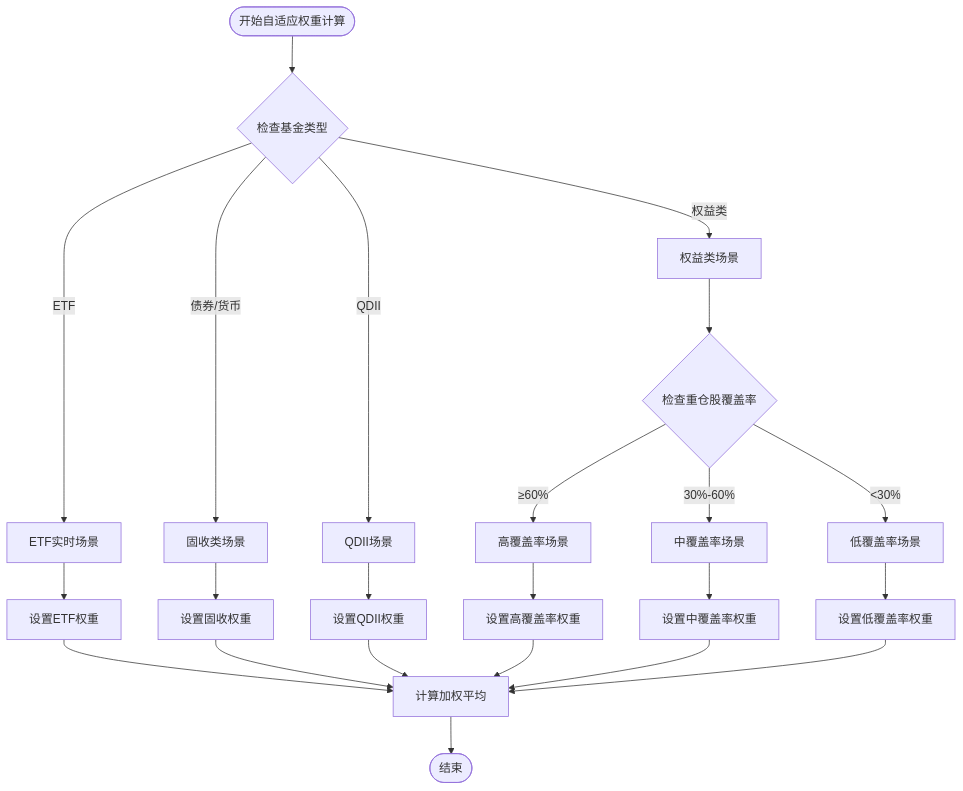
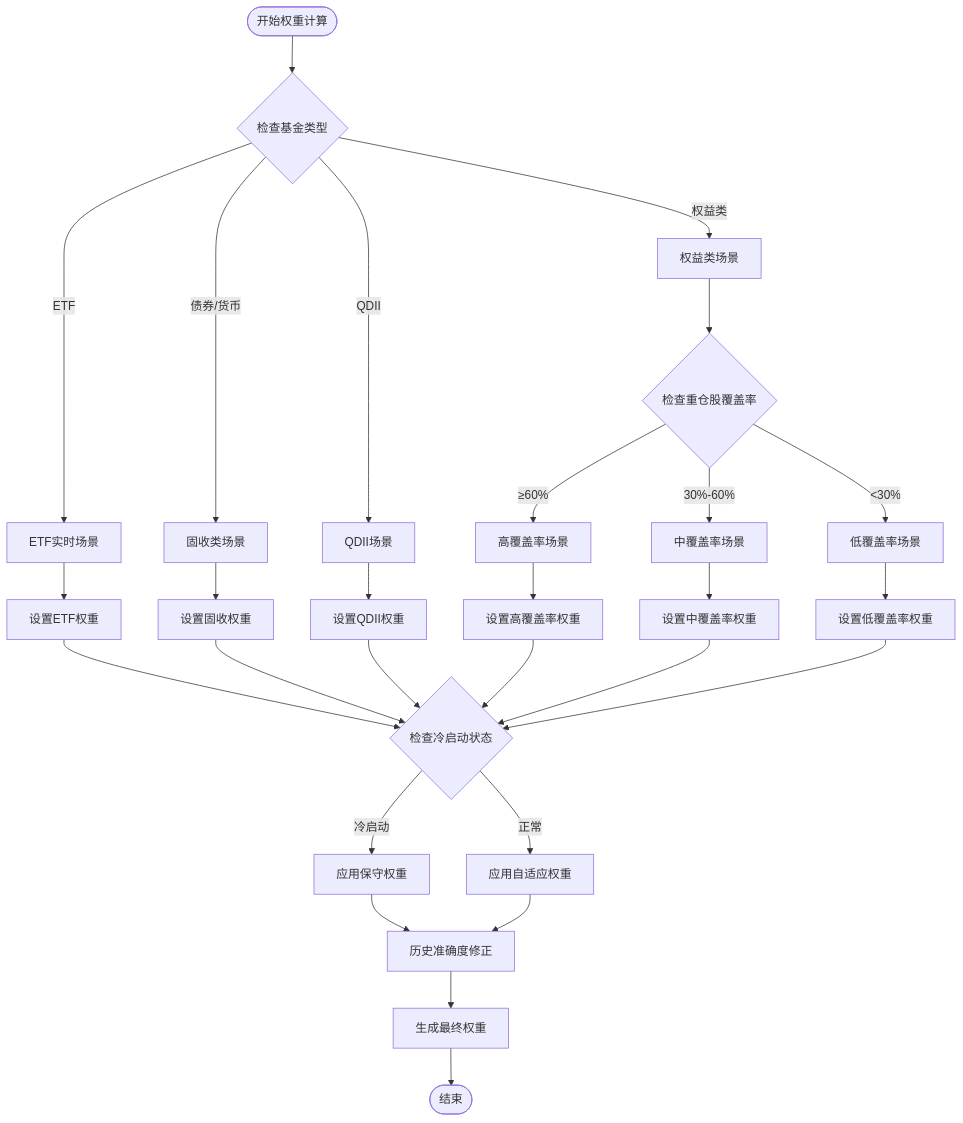
One commit to gree-coder/fund-butler changed the fourth of 21 diagrams in .qoder/repowiki/zh/content/核心功能开发/多源基金估值系统.md. Above: the diagram before and after it, drawn with Mermaid. The commit also changed other lines of this file and 23 other files, not shown here.

````diff
--- a/.qoder/repowiki/zh/content/核心功能开发/多源基金估值系统.md
+++ b/.qoder/repowiki/zh/content/核心功能开发/多源基金估值系统.md
@@ -311,25 +254,30 @@
 ```mermaid
 flowchart TD
-Start([开始自适应权重计算]) --> CheckType{检查基金类型}
+Start([开始权重计算]) --> CheckType{检查基金类型}
 CheckType --> |ETF| ETFScenario[ETF实时场景]
 CheckType --> |债券/货币| BondScenario[固收类场景]
 CheckType --> |QDII| QDIIScenario[QDII场景]
 CheckType --> |权益类| EquityScenario[权益类场景]
 ETFScenario --> SetETFWeights[设置ETF权重]
 BondScenario --> SetBondWeights[设置固收权重]
 QDIIScenario --> SetQDIWeights[设置QDII权重]
 EquityScenario --> CheckCoverage{检查重仓股覆盖率}
 CheckCoverage --> |≥60%| HighCoverage[高覆盖率场景]
 CheckCoverage --> |30%-60%| MediumCoverage[中覆盖率场景]
 CheckCoverage --> |<30%| LowCoverage[低覆盖率场景]
 HighCoverage --> SetHighWeights[设置高覆盖率权重]
 MediumCoverage --> SetMediumWeights[设置中覆盖率权重]
 LowCoverage --> SetLowWeights[设置低覆盖率权重]
-SetETFWeights --> CalculateWeight[计算加权平均]
-SetBondWeights --> CalculateWeight
-SetQDIWeights --> CalculateWeight
-SetHighWeights --> CalculateWeight
-SetMediumWeights --> CalculateWeight
-SetLowWeights --> CalculateWeight
-CalculateWeight --> End([结束])
+SetETFWeights --> CheckColdStart{检查冷启动状态}
+SetBondWeights --> CheckColdStart
+SetQDIWeights --> CheckColdStart
+SetHighWeights --> CheckColdStart
+SetMediumWeights --> CheckColdStart
+SetLowWeights --> CheckColdStart
+CheckColdStart --> |冷启动| ConservativeWeights[应用保守权重]
+CheckColdStart --> |正常| AdaptiveWeights[应用自适应权重]
+ConservativeWeights --> AccuracyCorrection[历史准确度修正]
+AdaptiveWeights --> AccuracyCorrection
+AccuracyCorrection --> FinalWeights[生成最终权重]
+FinalWeights --> End([结束])
 ```
````
